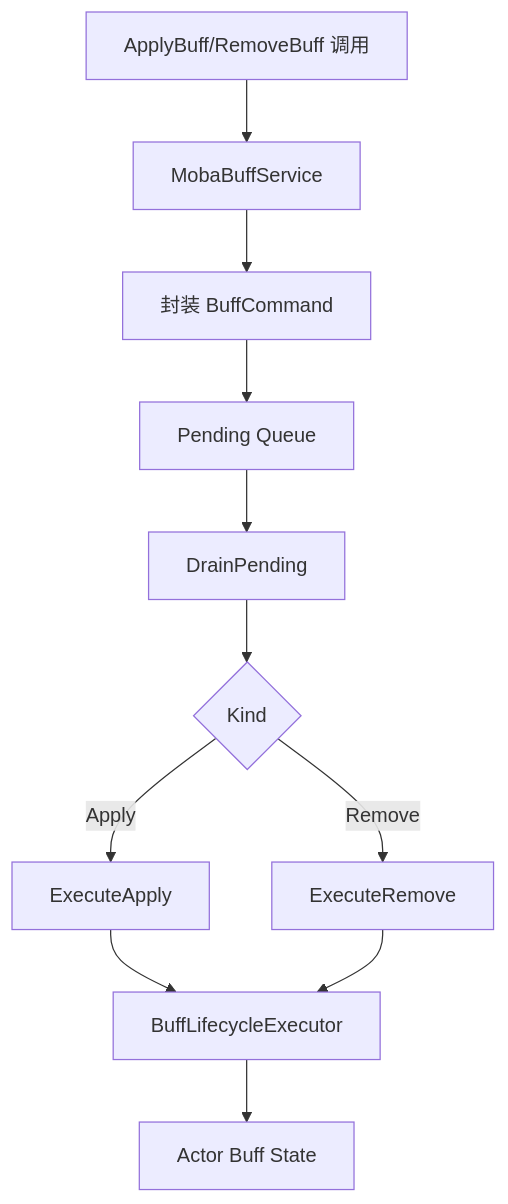
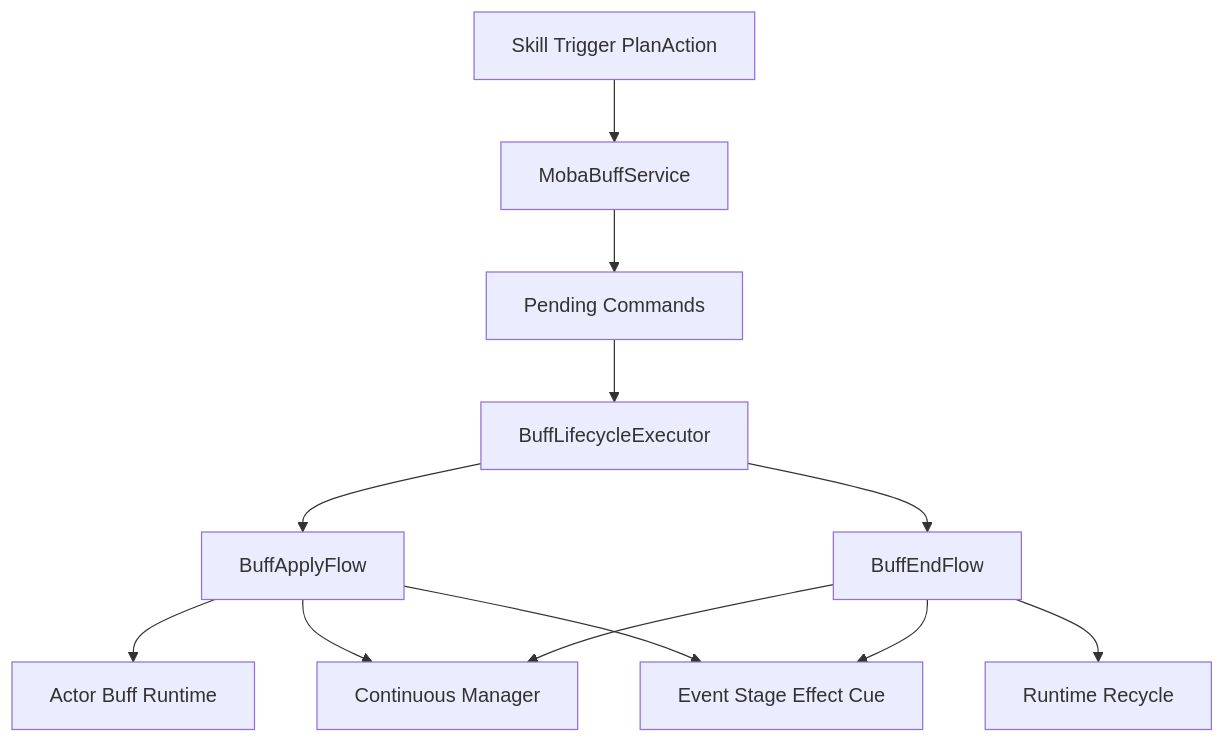
The first of 5 diagrams in Docs/design/09-ImplementationExamples/MOBA/07-BuffLifecycleDeepDive.md (Kurumioi/AbilityKit), drawn with Mermaid before and after one commit. The commit also changed other lines of this file and 118 other files, not shown here.

````diff
--- a/Docs/design/09-ImplementationExamples/MOBA/07-BuffLifecycleDeepDive.md
+++ b/Docs/design/09-ImplementationExamples/MOBA/07-BuffLifecycleDeepDive.md
@@ -36,13 +32,14 @@
 ```mermaid
-flowchart TD
-    A[ApplyBuff/RemoveBuff 调用] --> B[MobaBuffService]
-    B --> C[封装 BuffCommand]
-    C --> D[Pending Queue]
-    D --> E[DrainPending]
-    E --> F{Kind}
-    F -->|Apply| G[ExecuteApply]
-    F -->|Remove| H[ExecuteRemove]
-    G --> I[BuffLifecycleExecutor]
-    H --> I
-    I --> J[Actor Buff State]
+flowchart TB
+    Caller[Skill Trigger PlanAction] --> Service[MobaBuffService]
+    Service --> Queue[Pending Commands]
+    Queue --> Lifecycle[BuffLifecycleExecutor]
+    Lifecycle --> Apply[BuffApplyFlow]
+    Lifecycle --> End[BuffEndFlow]
+    Apply --> Runtime[Actor Buff Runtime]
+    Apply --> Continuous[Continuous Manager]
+    Apply --> Notify[Event Stage Effect Cue]
+    End --> Continuous
+    End --> Notify
+    End --> Pool[Runtime Recycle]
 ```
````
